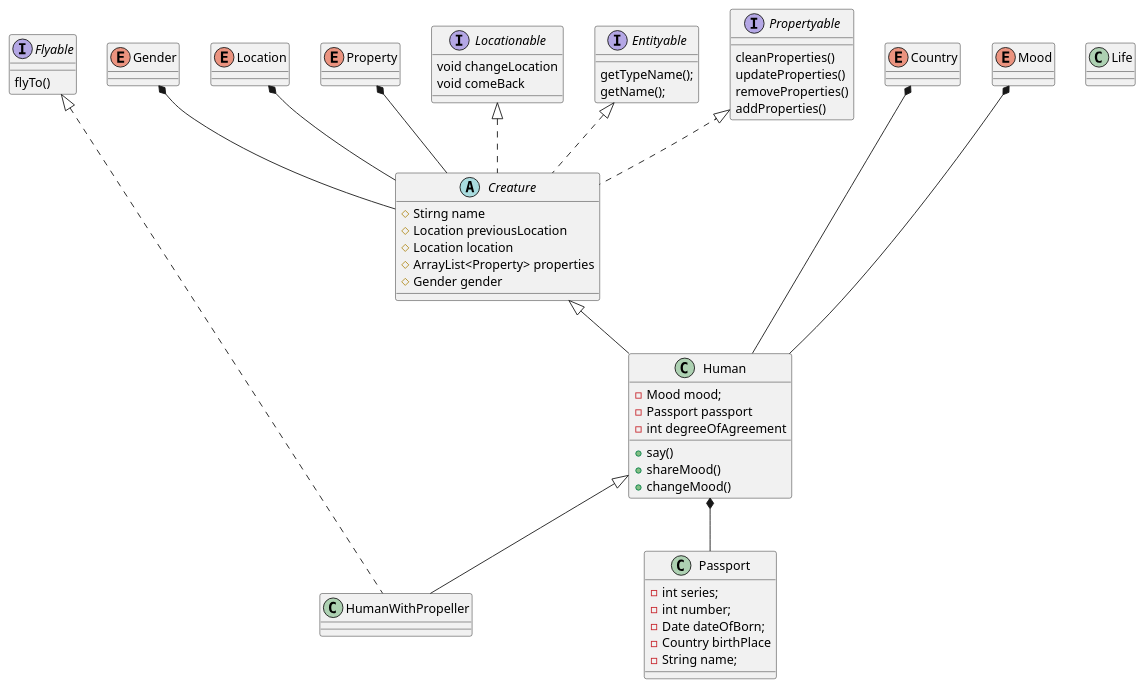
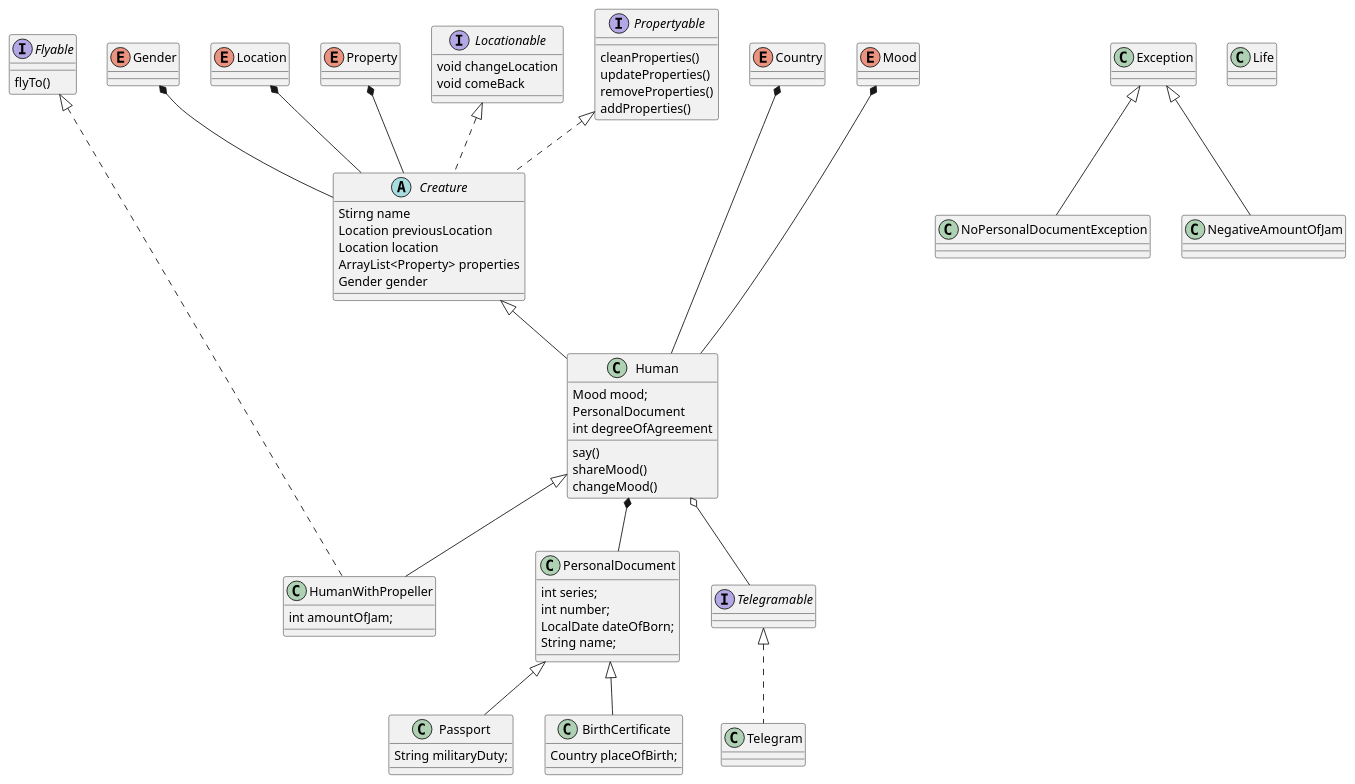
One commit to IlyaKonFetka/lab3 changed the diagram in UML.puml. Above: the diagram before and after it, drawn with PlantUML. The commit also changed 14 other files, not shown here.

```diff
--- a/UML.puml
+++ b/UML.puml
@@ -1,68 +1,81 @@
 @startuml
 'https://plantuml.com/sequence-diagram
 class Human{
-    -Mood mood;
-    -Passport passport
-    -int degreeOfAgreement
-    +say()
-    +shareMood()
-    +changeMood()
+    Mood mood;
+    PersonalDocument
+    int degreeOfAgreement
+    say()
+    shareMood()
+    changeMood()
+}
+class PersonalDocument{
+    int series;
+    int number;
+    LocalDate dateOfBorn;
+    String name;
 }
 class Passport{
-    -int series;
-    -int number;
-    -Date dateOfBorn;
-    -Country birthPlace
-    -String name;
+    String militaryDuty;
+}
+class BirthCertificate{
+    Country placeOfBirth;
 }
 abstract class Creature{
-    #Stirng name
-    #Location previousLocation
-    #Location location
-    #ArrayList<Property> properties
-    #Gender gender
+    Stirng name
+    Location previousLocation
+    Location location
+    ArrayList<Property> properties
+    Gender gender
 }
 class HumanWithPropeller{
+    int amountOfJam;
 }
 enum Country
 enum Gender
 enum Location
 enum Mood
 enum Property
 
+class Exception
+class NoPersonalDocumentException
+class NegativeAmountOfJam
+
 Interface Locationable{
     void changeLocation
     void comeBack
-}
-Interface Entityable{
-    getTypeName();
-    getName();
 }
 Interface Propertyable{
     cleanProperties()
     updateProperties()
     removeProperties()
     addProperties()
 }
 Interface Flyable{
     flyTo()
 }
 
 Gender *-- Creature
 Location *-- Creature
 Mood *--- Human
 Country *--- Human
 Property *-- Creature
 
-Human *-- Passport
+Human *-- PersonalDocument
 
 Locationable <|.. Creature
 Propertyable <|.. Creature
-Entityable <|.. Creature
 Flyable <|.... HumanWithPropeller
+Telegramable <|.. Telegram
 
+PersonalDocument <|-- Passport
+PersonalDocument <|-- BirthCertificate
 Creature <|-- Human
 Human <|-- HumanWithPropeller
+Exception <|-- NoPersonalDocumentException
+Exception <|-- NegativeAmountOfJam
+class Life
+class Telegram
+Interface Telegramable
 
-class Life
+Human o-- Telegramable
 @enduml
```
